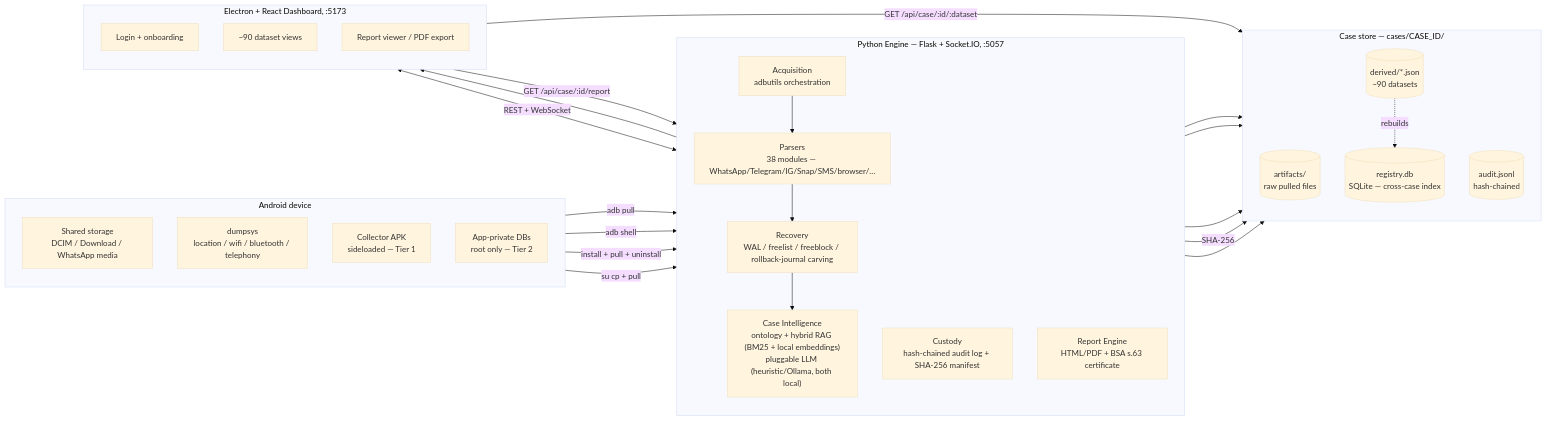
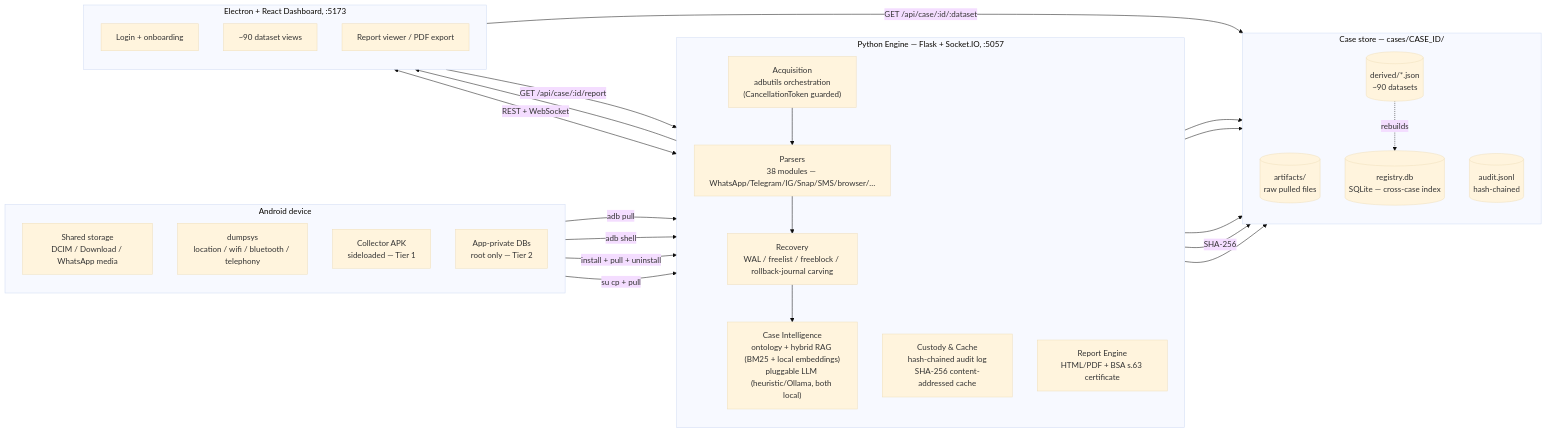
One commit to Punya23/Android_Forensic changed the third of 3 diagrams in docs/ARCHITECTURE.md. Above: the diagram before and after it, drawn with Mermaid (base theme). The commit also changed other lines of this file, not shown here.

Commit message:
docs: update ARCHITECTURE.md with security and reliability controls

````diff
--- a/docs/ARCHITECTURE.md
+++ b/docs/ARCHITECTURE.md
@@ -73,54 +75,54 @@
 ```mermaid
 flowchart LR
     subgraph DEV["Android device"]
         direction TB
         A["Shared storage<br/>DCIM / Download / WhatsApp media"]
         B["dumpsys<br/>location / wifi / bluetooth / telephony"]
         C["Collector APK<br/>sideloaded — Tier 1"]
         Dd["App-private DBs<br/>root only — Tier 2"]
     end
 
     subgraph ENG["Python Engine — Flask + Socket.IO, :5057"]
         direction TB
-        E1["Acquisition<br/>adbutils orchestration"]
+        E1["Acquisition<br/>adbutils orchestration<br/>(CancellationToken guarded)"]
         E2["Parsers<br/>38 modules — WhatsApp/Telegram/IG/Snap/SMS/browser/…"]
         E3["Recovery<br/>WAL / freelist / freeblock / rollback-journal carving"]
         E4["Case Intelligence<br/>ontology + hybrid RAG (BM25 + local embeddings)<br/>pluggable LLM (heuristic/Ollama, both local)"]
-        E5["Custody<br/>hash-chained audit log + SHA-256 manifest"]
+        E5["Custody & Cache<br/>hash-chained audit log<br/>SHA-256 content-addressed cache"]
         E6["Report Engine<br/>HTML/PDF + BSA s.63 certificate"]
     end
 
     subgraph DASH["Electron + React Dashboard, :5173"]
         direction TB
         F1["Login + onboarding"]
         F2["~90 dataset views"]
         F3["Report viewer / PDF export"]
     end
 
     subgraph STORE["Case store — cases/CASE_ID/"]
         direction TB
         G1[("artifacts/<br/>raw pulled files")]
         G2[("derived/*.json<br/>~90 datasets")]
         G3[("audit.jsonl<br/>hash-chained")]
         G4[("registry.db<br/>SQLite — cross-case index")]
     end
 
     A -->|adb pull| E1
     B -->|adb shell| E1
     C -->|install + pull + uninstall| E1
     Dd -->|su cp + pull| E1
 
     E1 --> E2 --> E3 --> E4
     E2 --> G2
     E3 --> G2
     E4 --> G2
     E1 -->|SHA-256| G1
     E5 --> G3
     E6 --> F3
 
     E1 <-->|REST + WebSocket| F1
     F2 -->|GET /api/case/:id/:dataset| G2
     F3 -->|GET /api/case/:id/report| E6
 
     G2 -.rebuilds.-> G4
 ```
````
